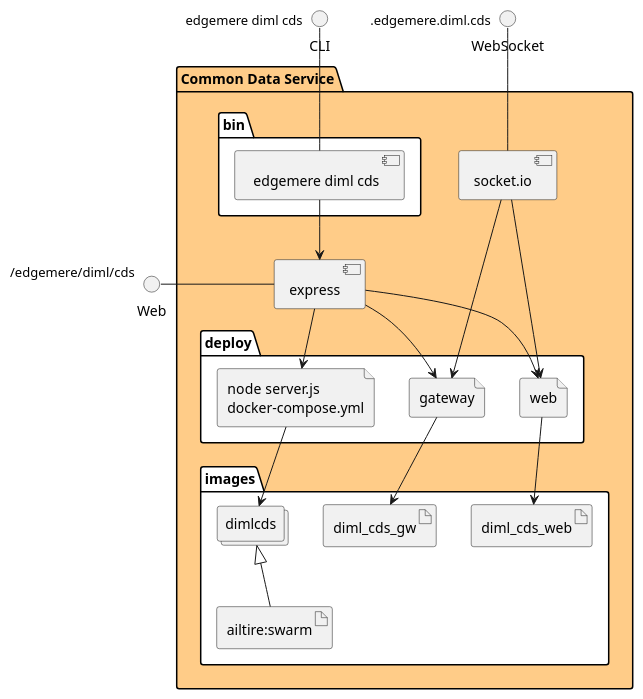
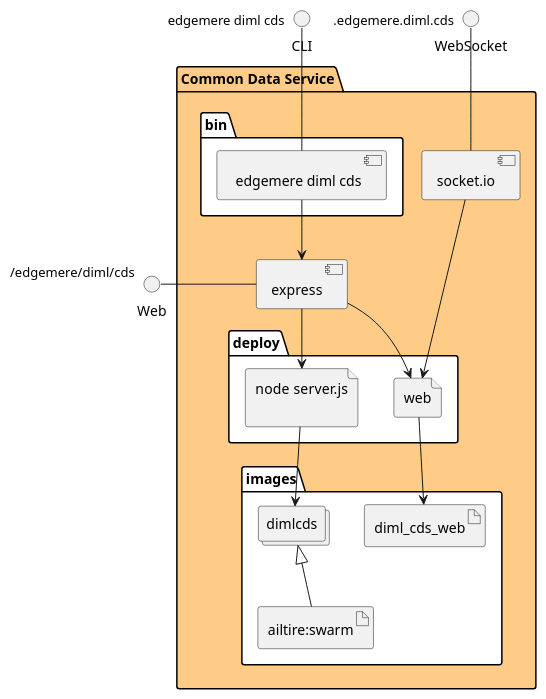
One commit to madajaju/edgemere changed the diagram in docs/edgemere/diml/cds/envs/dev/physical.puml. Above: the diagram before and after it, drawn with PlantUML. The commit also changed 1749 other files, not shown here.

```diff
--- a/docs/edgemere/diml/cds/envs/dev/physical.puml
+++ b/docs/edgemere/diml/cds/envs/dev/physical.puml
@@ -1,46 +1,39 @@
 @startuml
   interface CLI
   interface Web
   interface WebSocket
 package "Common Data Service" #ffcc88 {
   component express as REST
   component socket.io as socket
   folder bin #ffffff {
     component " edgemere diml cds" as binName
   }
   binName --> REST
 
   folder deploy #ffffff {
-      file "node server.js\ndocker-compose.yml" as dimlcds_container
+      file "node server.js\n" as dimlcds_container
       REST --> dimlcds_container
 
   
     file "web" as web_container
     REST --> web_container
     socket ---> web_container
-  
-    file "gateway" as gateway_container
-    REST --> gateway_container
-    socket ---> gateway_container
   
   }
   folder images #ffffff {
     collections "dimlcds" as dimlcdsimage
     artifact "ailtire:swarm" as ailtireswarm
     dimlcdsimage <|-- ailtireswarm
     dimlcds_container --> dimlcdsimage
 
   
       artifact "diml_cds_web" as diml_cds_web
       web_container --> diml_cds_web
     
-      artifact "diml_cds_gw" as diml_cds_gw
-      gateway_container --> diml_cds_gw
-    
   }
 }
 CLI " edgemere diml cds" -- binName
 Web "/edgemere/diml/cds" - REST
 WebSocket ".edgemere.diml.cds" -- socket
 
 @enduml
```
